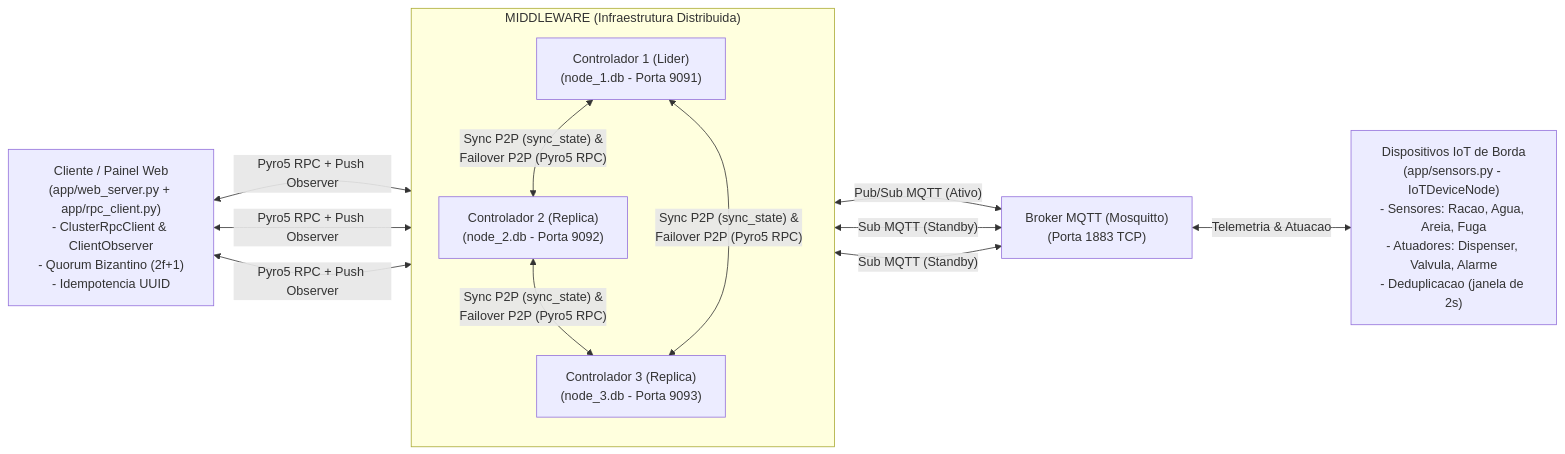
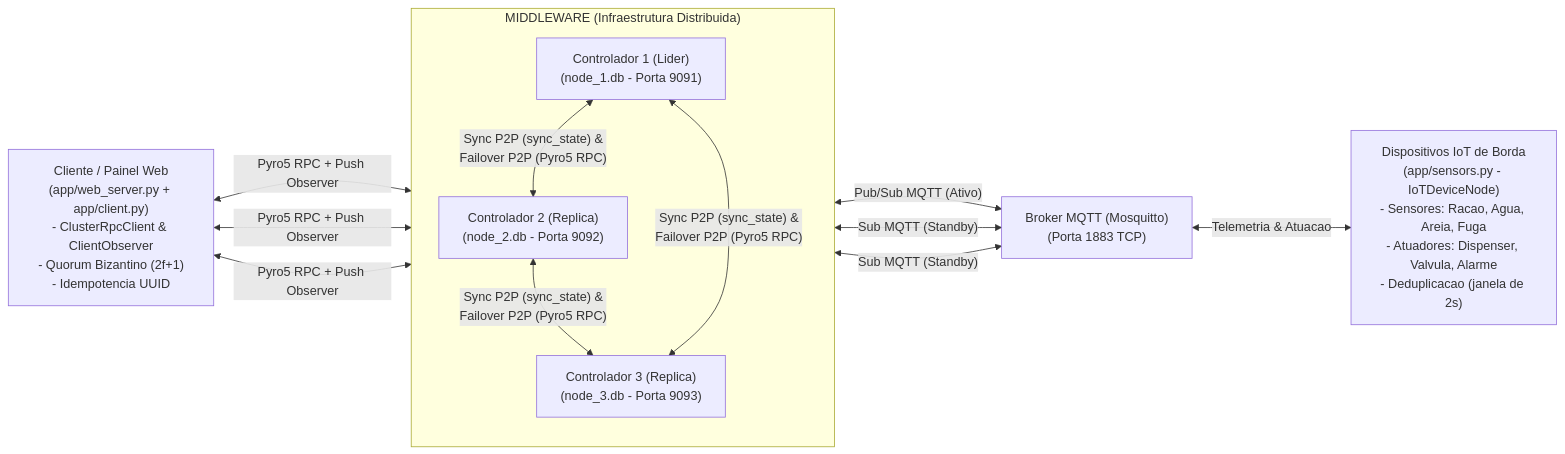
The diagram in docs/architecture.md (moimanu/pet-care), drawn with Mermaid before and after one commit. The commit also changed other lines of this file and 10 other files, not shown here.

Commit message:
refactor(client): isolate Pyro5 RPC client into standalone app.client process

````diff
--- a/docs/architecture.md
+++ b/docs/architecture.md
@@ -7,29 +7,29 @@
 ```mermaid
 flowchart LR
-    CLI["Cliente / Painel Web\n(app/web_server.py + app/rpc_client.py)\n- ClusterRpcClient & ClientObserver\n- Quorum Bizantino (2f+1)\n- Idempotencia UUID"]
+    CLI["Cliente / Painel Web\n(app/web_server.py + app/client.py)\n- ClusterRpcClient & ClientObserver\n- Quorum Bizantino (2f+1)\n- Idempotencia UUID"]
 
     subgraph MIDDLEWARE["MIDDLEWARE (Infraestrutura Distribuida)"]
         direction TB
         C1["Controlador 1 (Lider)\n(node_1.db - Porta 9091)"]
         C2["Controlador 2 (Replica)\n(node_2.db - Porta 9092)"]
         C3["Controlador 3 (Replica)\n(node_3.db - Porta 9093)"]
 
         C1 <-->|"Sync P2P (sync_state) &\nFailover P2P (Pyro5 RPC)"| C2
         C2 <-->|"Sync P2P (sync_state) &\nFailover P2P (Pyro5 RPC)"| C3
         C1 <-->|"Sync P2P (sync_state) &\nFailover P2P (Pyro5 RPC)"| C3
     end
 
     MQTT["Broker MQTT (Mosquitto)\n(Porta 1883 TCP)"]
 
     IOT["Dispositivos IoT de Borda\n(app/sensors.py - IoTDeviceNode)\n- Sensores: Racao, Agua, Areia, Fuga\n- Atuadores: Dispenser, Valvula, Alarme\n- Deduplicacao (janela de 2s)"]
 
     CLI <-->|"Pyro5 RPC + Push Observer"| C1
     CLI <-->|"Pyro5 RPC + Push Observer"| C2
     CLI <-->|"Pyro5 RPC + Push Observer"| C3
 
     C1 <-->|"Pub/Sub MQTT (Ativo)"| MQTT
     C2 <-->|"Sub MQTT (Standby)"| MQTT
     C3 <-->|"Sub MQTT (Standby)"| MQTT
 
     MQTT <-->|"Telemetria & Atuacao"| IOT
 ```
````
